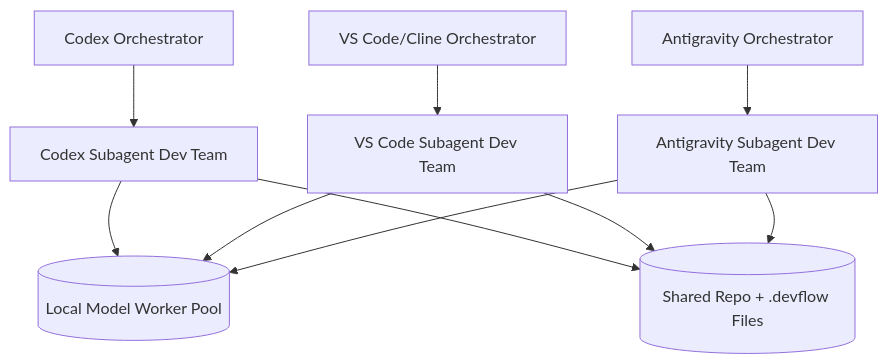
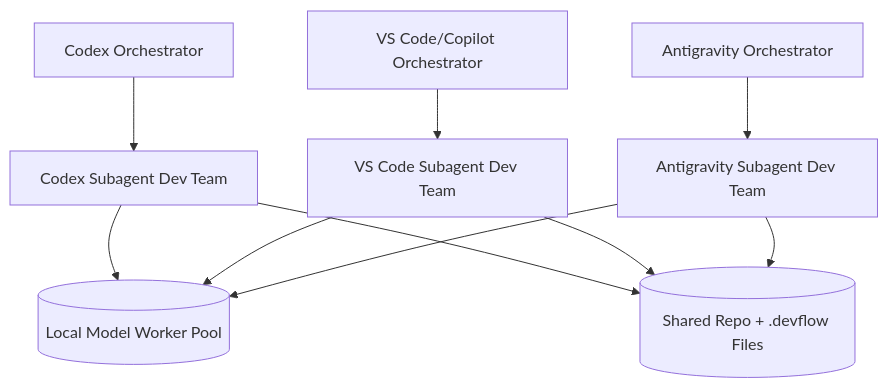
The diagram in docs/workflows/coordination-playbook.md (870DudeMcgee/dev-flow), drawn with Mermaid before and after one commit. The commit also changed other lines of this file and 20 other files, not shown here.

Commit message:
docs: normalize peer orchestrator naming to VS Code/Copilot and document repository

````diff
--- a/docs/workflows/coordination-playbook.md
+++ b/docs/workflows/coordination-playbook.md
@@ -14,14 +14,14 @@
 ```mermaid
 graph TD
     Codex[Codex Orchestrator] --> CodexTeam[Codex Subagent Dev Team]
-    VSCode[VS Code/Cline Orchestrator] --> VSCodeTeam[VS Code Subagent Dev Team]
+    VSCode[VS Code/Copilot Orchestrator] --> VSCodeTeam[VS Code Subagent Dev Team]
     Anti[Antigravity Orchestrator] --> AntiTeam[Antigravity Subagent Dev Team]
 
     CodexTeam --> LocalModels[(Local Model Worker Pool)]
     VSCodeTeam --> LocalModels
     AntiTeam --> LocalModels
 
     CodexTeam --> Repo[(Shared Repo + .devflow Files)]
     VSCodeTeam --> Repo
     AntiTeam --> Repo
 ```
````
